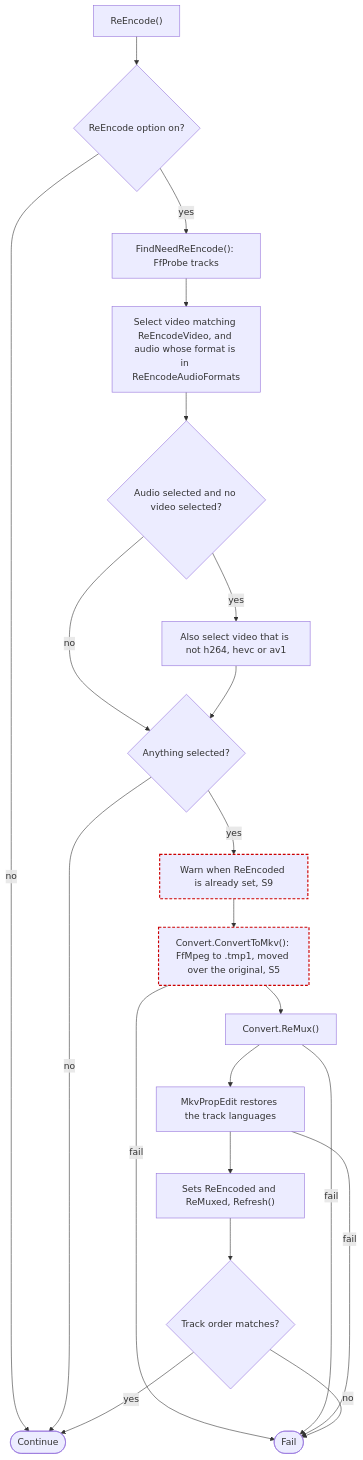
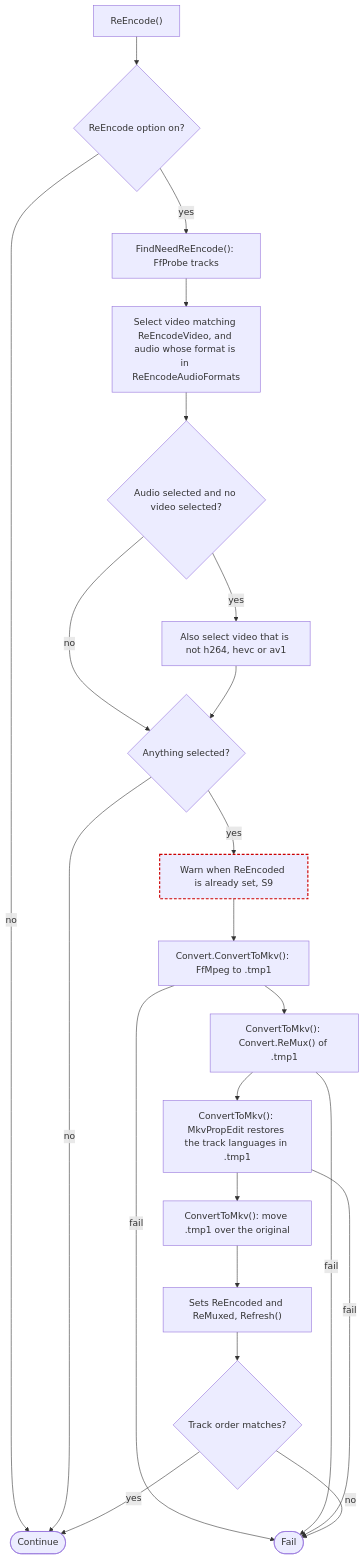
One commit to ptr727/PlexCleaner changed the tenth of 11 diagrams in ARCHITECTURE.md. Above: the diagram before and after it, drawn with Mermaid. The commit also changed other lines of this file and 6 other files, not shown here.

````diff
--- a/ARCHITECTURE.md
+++ b/ARCHITECTURE.md
@@ -617,24 +617,25 @@
 ```mermaid
 flowchart TD
   A0["ReEncode()"] --> A1{"ReEncode option on?"}
   A1 -->|no| AOK(["Continue"])
   A1 -->|yes| S0["FindNeedReEncode(): FfProbe tracks"]
   S0 --> S1["Select video matching ReEncodeVideo, and audio whose format is in ReEncodeAudioFormats"]
   S1 --> S2{"Audio selected and no video selected?"}
   S2 -->|yes| S3["Also select video that is not h264, hevc or av1"]
   S2 -->|no| S4
   S3 --> S4{"Anything selected?"}
   S4 -->|no| AOK
   S4 -->|yes| S5["Warn when ReEncoded is already set, S9"]:::suspect
-  S5 --> C1["Convert.ConvertToMkv(): FfMpeg to .tmp1, moved over the original, S5"]:::suspect
+  S5 --> C1["Convert.ConvertToMkv(): FfMpeg to .tmp1"]
   C1 -->|fail| FAIL(["Fail"])
-  C1 --> C2["Convert.ReMux()"]
+  C1 --> C2["ConvertToMkv(): Convert.ReMux() of .tmp1"]
   C2 -->|fail| FAIL
-  C2 --> C3["MkvPropEdit restores the track languages"]
+  C2 --> C3["ConvertToMkv(): MkvPropEdit restores the track languages in .tmp1"]
   C3 -->|fail| FAIL
-  C3 --> C4["Sets ReEncoded and ReMuxed, Refresh()"]
+  C3 --> C6["ConvertToMkv(): move .tmp1 over the original"]
+  C6 --> C4["Sets ReEncoded and ReMuxed, Refresh()"]
   C4 --> C5{"Track order matches?"}
   C5 -->|no| FAIL
   C5 -->|yes| AOK
   classDef suspect stroke:#c00,stroke-width:2px,stroke-dasharray:5 3
 ```
````
